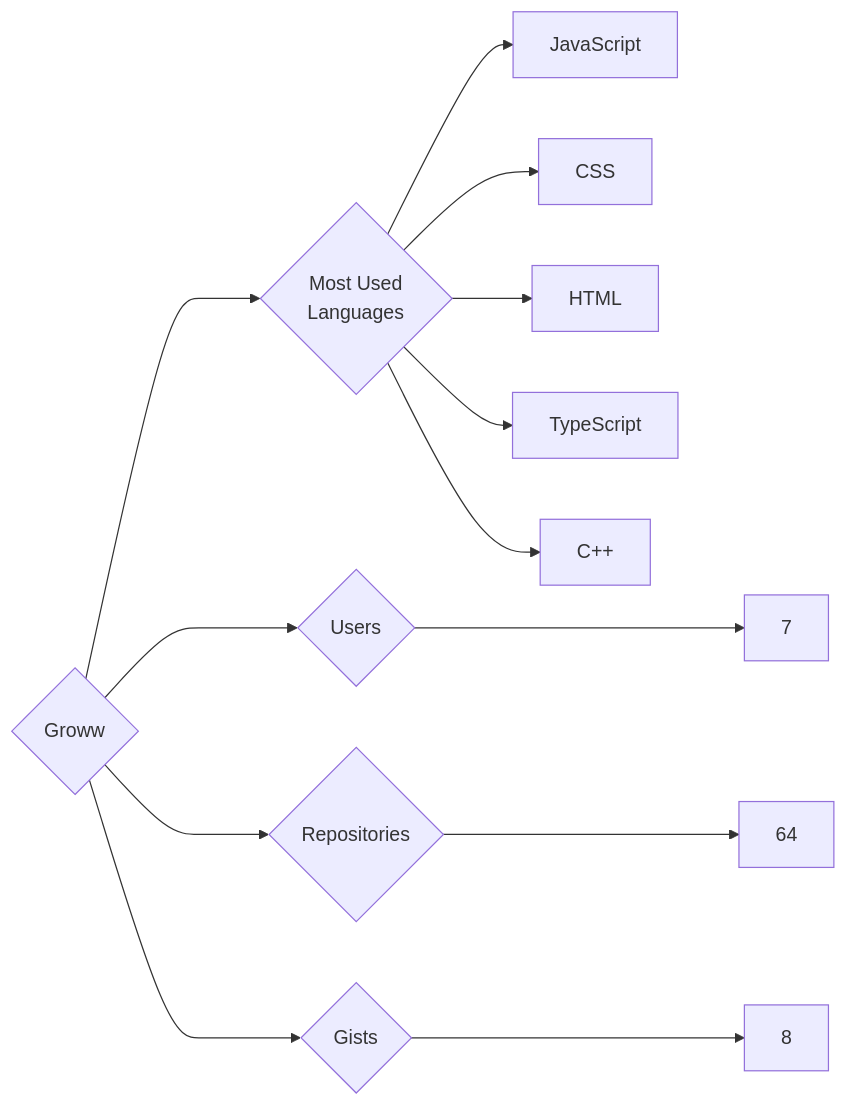
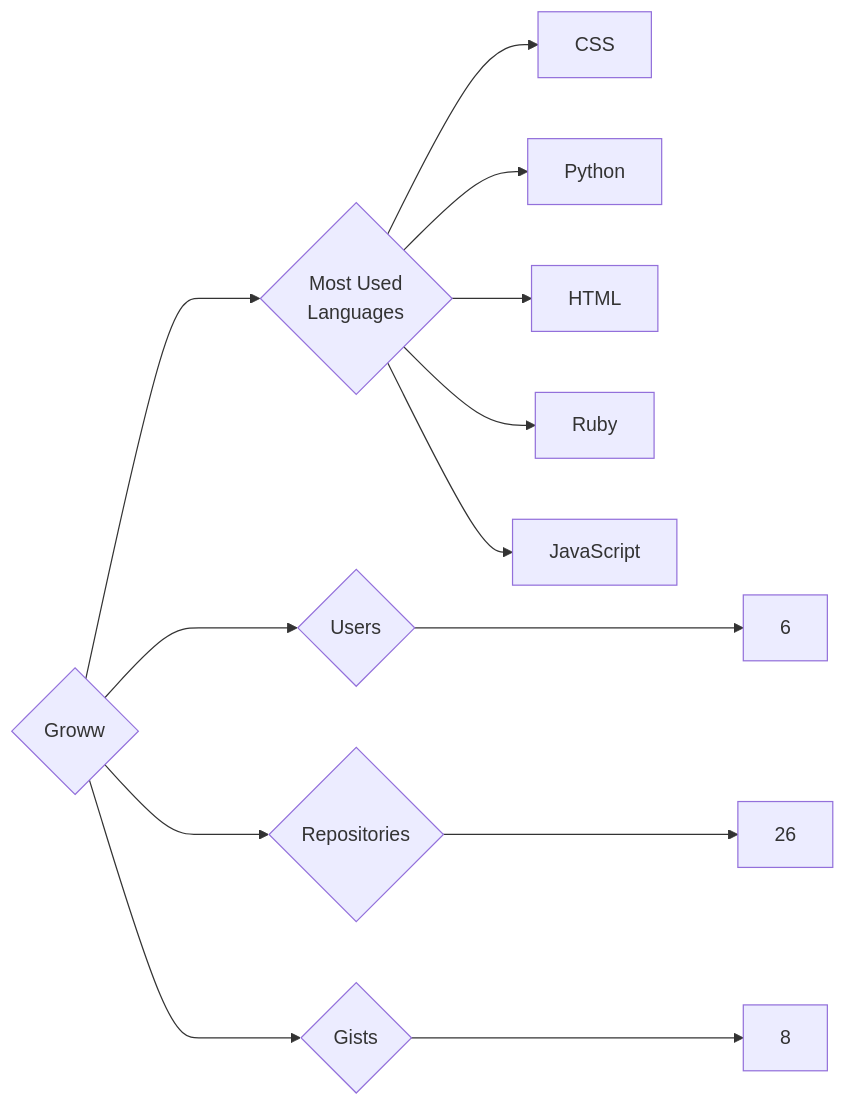
The diagram in targets/Groww/README.md (trickest/insiders), drawn with Mermaid before and after one commit. The commit also changed 1089 other files, not shown here.

````diff
--- a/targets/Groww/README.md
+++ b/targets/Groww/README.md
@@ -3,13 +3,13 @@
 ```mermaid
 graph LR
 COMPANY_NAME{Groww}
-COMPANY_NAME ---> U{Users} ---> UN[7]
-COMPANY_NAME ---> R{Repositories} ---> RN[64]
+COMPANY_NAME ---> U{Users} ---> UN[6]
+COMPANY_NAME ---> R{Repositories} ---> RN[26]
 COMPANY_NAME ---> G{Gists} ---> GN[8]
 COMPANY_NAME ---> ML{Most Used<br>Languages}
+ML --> CSS[CSS]
+ML --> Python[Python]
+ML --> HTML[HTML]
+ML --> Ruby[Ruby]
 ML --> JavaScript[JavaScript]
-ML --> CSS[CSS]
-ML --> HTML[HTML]
-ML --> TypeScript[TypeScript]
-ML --> C++[C++]
 ```
````
